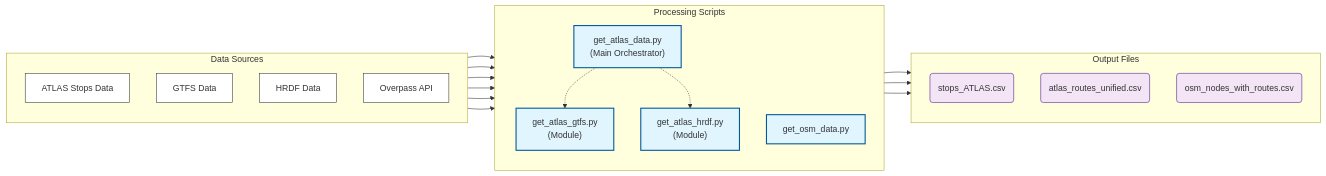
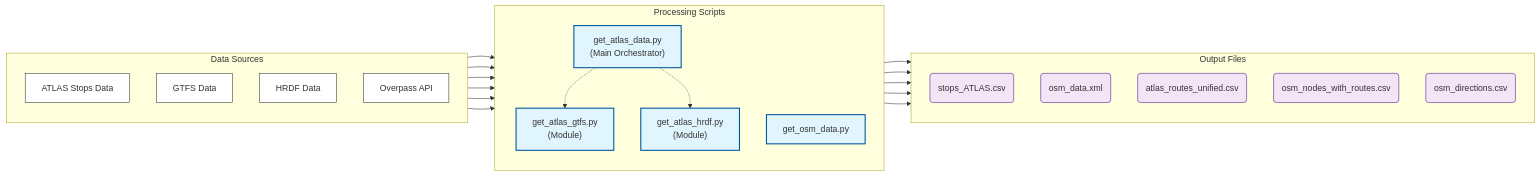
One commit to openTdataCH/stop_sync_osm_atlas changed the diagram in documentation/1. Download and process data.md. Above: the diagram before and after it, drawn with Mermaid. The commit also changed other lines of this file and 61 other files, not shown here.

````diff
--- a/documentation/1. Download and process data.md
+++ b/documentation/1. Download and process data.md
@@ -13,52 +17,56 @@
 ```mermaid
 flowchart LR
     %% Styling
     classDef plain fill:#fff,stroke:#333,stroke-width:1px;
     classDef script fill:#e1f5fe,stroke:#01579b,stroke-width:2px;
     classDef file fill:#f3e5f5,stroke:#4a148c,stroke-width:1px;
 
     subgraph Sources ["Data Sources"]
         direction TB
         AT[ATLAS Stops Data]:::plain
         GT[GTFS Data]:::plain
         HR[HRDF Data]:::plain
         OV[Overpass API]:::plain
     end
 
     subgraph Scripts ["Processing Scripts"]
         direction TB
         SA["get_atlas_data.py<br/>(Main Orchestrator)"]:::script
         SG["get_atlas_gtfs.py<br/>(Module)"]:::script
         SH["get_atlas_hrdf.py<br/>(Module)"]:::script
         SO[get_osm_data.py]:::script
     end
 
     subgraph Outputs ["Output Files"]
         direction TB
         PA(stops_ATLAS.csv):::file
+        PX(osm_data.xml):::file
         PU(atlas_routes_unified.csv):::file
         PO(osm_nodes_with_routes.csv):::file
+        PD(osm_directions.csv):::file
     end
 
     %% Force horizontal alignment of subgraphs
     Sources ~~~ Scripts ~~~ Outputs
 
     %% Horizontal Connections
     AT --> SA
     GT --> SG
     HR --> SH
     OV --> SO
 
     %% Orchestration & Module Usage
     SA -.-> SG
     SA -.-> SH
 
     %% Outputs
     SA --> PA
     SA --> PU
+    SO --> PX
     SO --> PO
+    SO --> PD
 
     %% Cross-connections (Data flow to modules)
     AT --> SG
     AT --> SH
 ```
````
